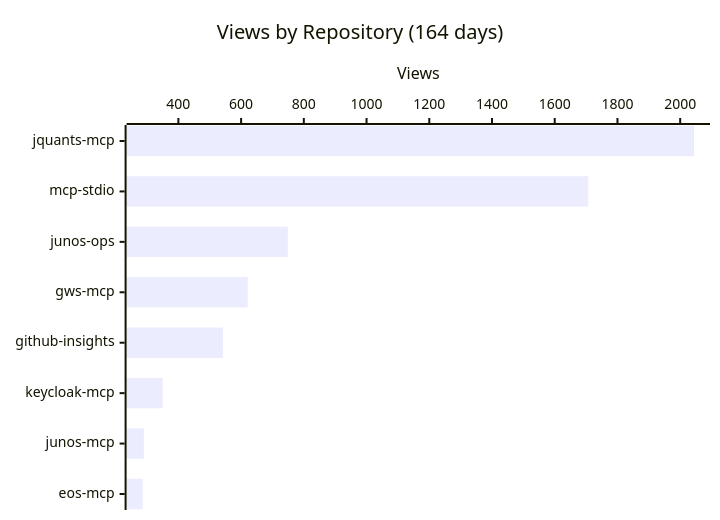
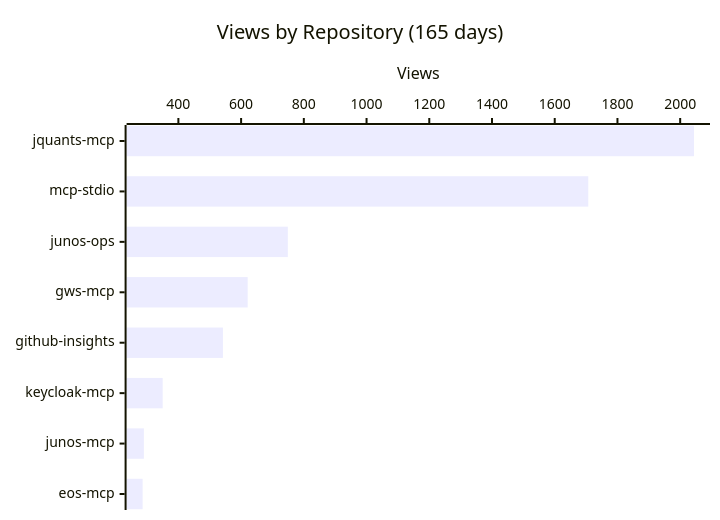
One commit to shigechika/github-insights changed the first of 4 diagrams in README.md. Above: the diagram before and after it, drawn with Mermaid. The commit also changed other lines of this file and 2 other files, not shown here.

````diff
--- a/README.md
+++ b/README.md
@@ -18,7 +18,7 @@
 ```mermaid
 xychart-beta horizontal
-    title "Views by Repository (164 days)"
+    title "Views by Repository (165 days)"
     x-axis ["jquants-mcp", "mcp-stdio", "junos-ops", "gws-mcp", "github-insights", "keycloak-mcp", "junos-mcp", "eos-mcp"]
     y-axis "Views"
     bar [2044, 1707, 749, 621, 542, 350, 290, 286]
 ```
````
